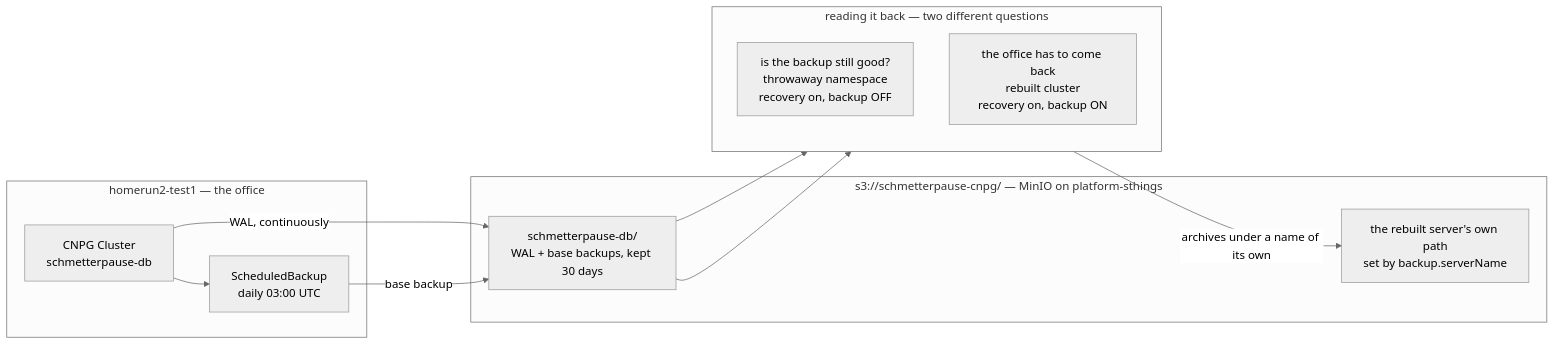
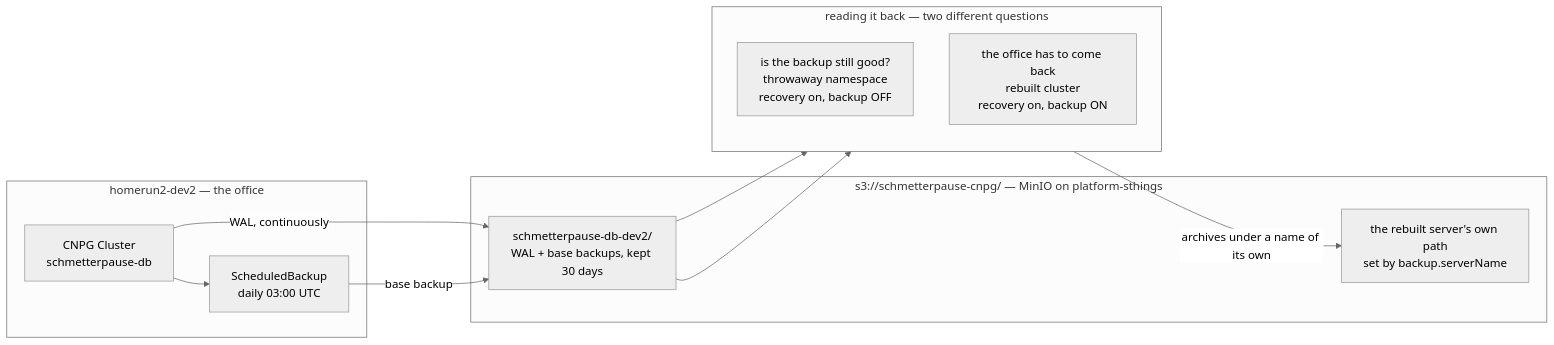
Before and after one commit to stuttgart-things/schmetterpause: the diagram in docs/backup-restore.md, drawn with Mermaid (neutral theme). The commit also changed other lines of this file and 10 other files, not shown here.

First line of the commit message:
docs(runbooks): point the operational steps at homerun2-dev2 (#315)

````diff
--- a/docs/backup-restore.md
+++ b/docs/backup-restore.md
@@ -191,25 +216,25 @@
 ```mermaid
 flowchart LR
-    subgraph office["homerun2-test1 — the office"]
+    subgraph office["homerun2-dev2 — the office"]
         pg["CNPG Cluster<br/>schmetterpause-db"]
         sched["ScheduledBackup<br/>daily 03:00 UTC"]
         pg --> sched
     end
 
     subgraph bucket["s3://schmetterpause-cnpg/ — MinIO on platform-sthings"]
-        path1["schmetterpause-db/<br/>WAL + base backups, kept 30 days"]
+        path1["schmetterpause-db-dev2/<br/>WAL + base backups, kept 30 days"]
         path2["the rebuilt server's own path<br/>set by backup.serverName"]
     end
 
     subgraph back["reading it back — two different questions"]
         direction TB
         probedb["is the backup still good?<br/>throwaway namespace<br/>recovery on, backup OFF"]
         newdb["the office has to come back<br/>rebuilt cluster<br/>recovery on, backup ON"]
     end
 
     pg -->|"WAL, continuously"| path1
     sched -->|"base backup"| path1
     path1 --> probedb
     path1 --> newdb
     newdb -->|"archives under a name of its own"| path2
 ```
````
